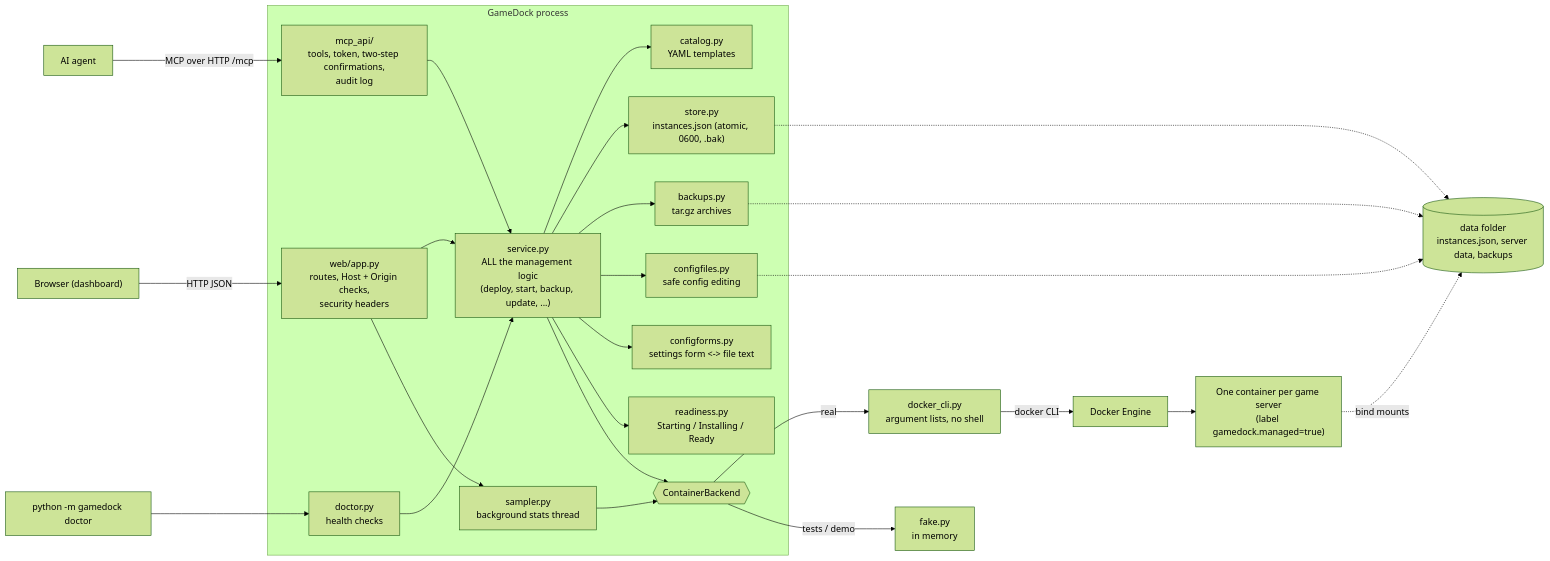
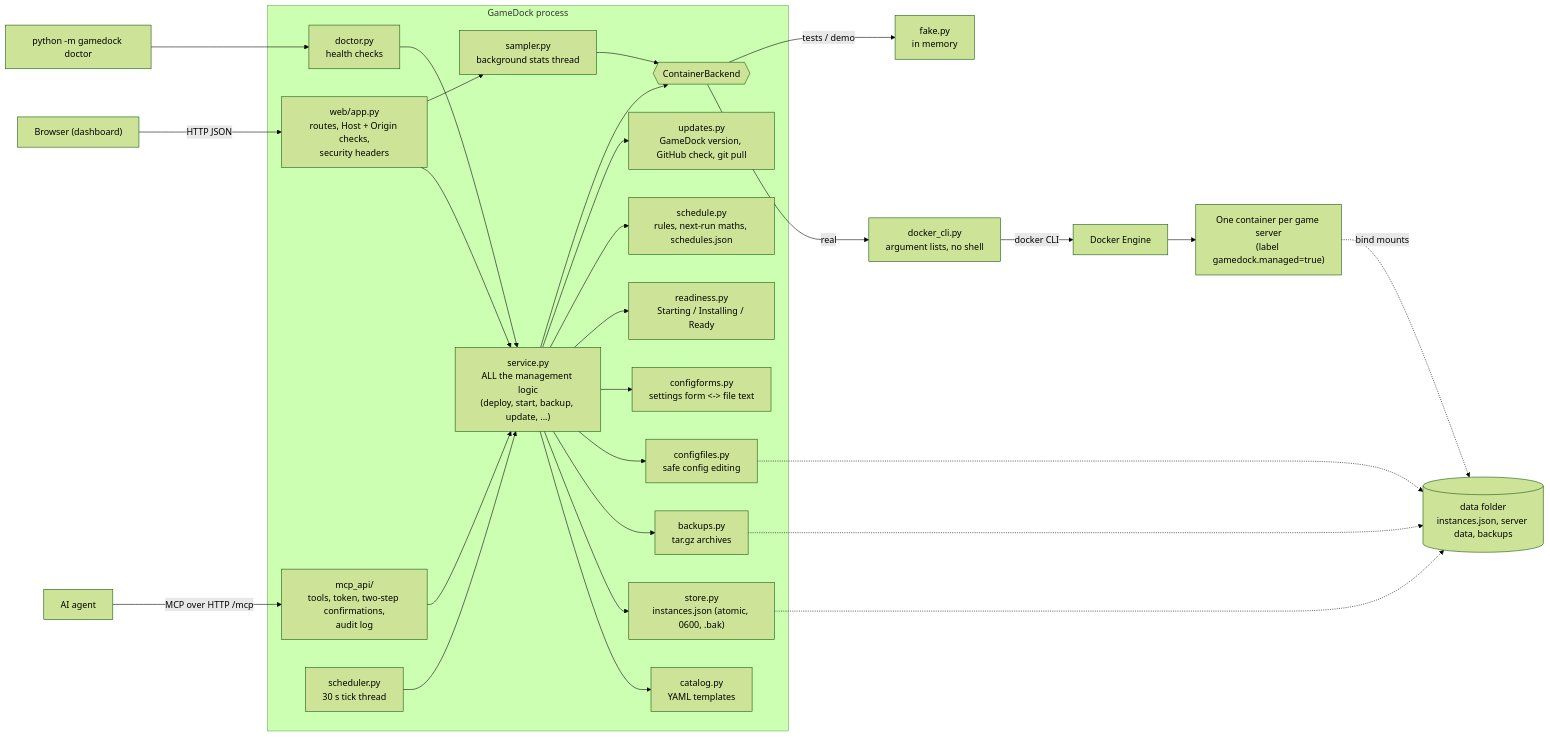
One commit to jacobbweber/GameDock changed the diagram in docs/ARCHITECTURE.md. Above: the diagram before and after it, drawn with Mermaid (forest theme). The commit also changed other lines of this file and 11 other files, not shown here.

Commit message:
0.3.0 docs: changelog, README, architecture, deployment, env examples, screenshots

````diff
--- a/docs/ARCHITECTURE.md
+++ b/docs/ARCHITECTURE.md
@@ -5,34 +5,37 @@
 ```mermaid
 flowchart LR
     Browser["Browser (dashboard)"] -->|HTTP JSON| Web
     Agent["AI agent"] -->|MCP over HTTP /mcp| MCP
     CLI["python -m gamedock doctor"] --> Doctor
 
     subgraph GameDock process
         Web["web/app.py<br/>routes, Host + Origin checks,<br/>security headers"]
         MCP["mcp_api/<br/>tools, token, two-step confirmations,<br/>audit log"]
         Doctor["doctor.py<br/>health checks"]
         Service["service.py<br/>ALL the management logic<br/>(deploy, start, backup, update, ...)"]
         Web --> Service
         MCP --> Service
         Doctor --> Service
         Service --> Catalog["catalog.py<br/>YAML templates"]
         Service --> Store["store.py<br/>instances.json (atomic, 0600, .bak)"]
         Service --> Backups["backups.py<br/>tar.gz archives"]
         Service --> Config["configfiles.py<br/>safe config editing"]
         Service --> Forms["configforms.py<br/>settings form <-> file text"]
         Service --> Ready["readiness.py<br/>Starting / Installing / Ready"]
+        Service --> Sched["schedule.py<br/>rules, next-run maths, schedules.json"]
+        Service --> Updates["updates.py<br/>GameDock version, GitHub check, git pull"]
+        Scheduler["scheduler.py<br/>30 s tick thread"] --> Service
         Service --> Backend{{"ContainerBackend"}}
         Sampler["sampler.py<br/>background stats thread"] --> Backend
         Web --> Sampler
     end
 
     Backend -->|real| DockerCli["docker_cli.py<br/>argument lists, no shell"]
     Backend -->|tests / demo| Fake["fake.py<br/>in memory"]
     DockerCli -->|docker CLI| Engine["Docker Engine"]
     Engine --> Games["One container per game server<br/>(label gamedock.managed=true)"]
     Store -.-> Files[("data folder<br/>instances.json, server data, backups")]
     Backups -.-> Files
     Config -.-> Files
     Games -.->|bind mounts| Files
 ```
````
